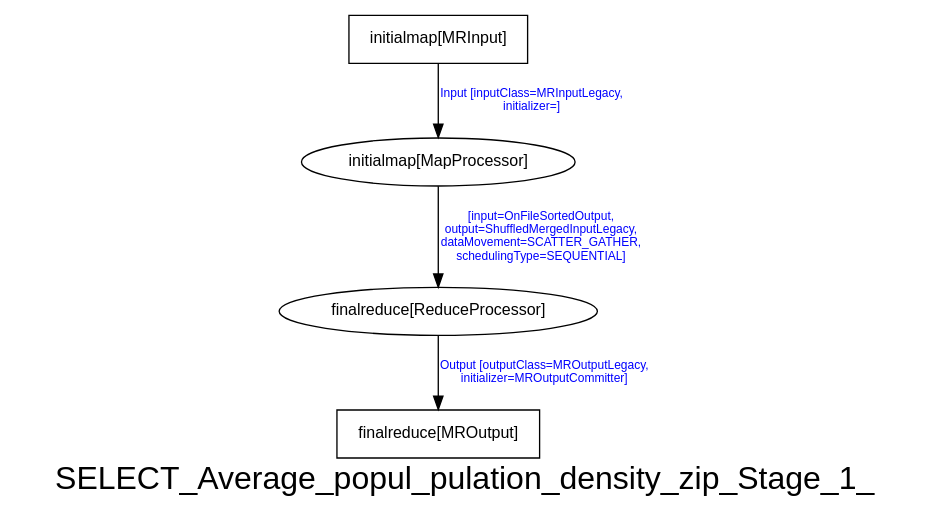
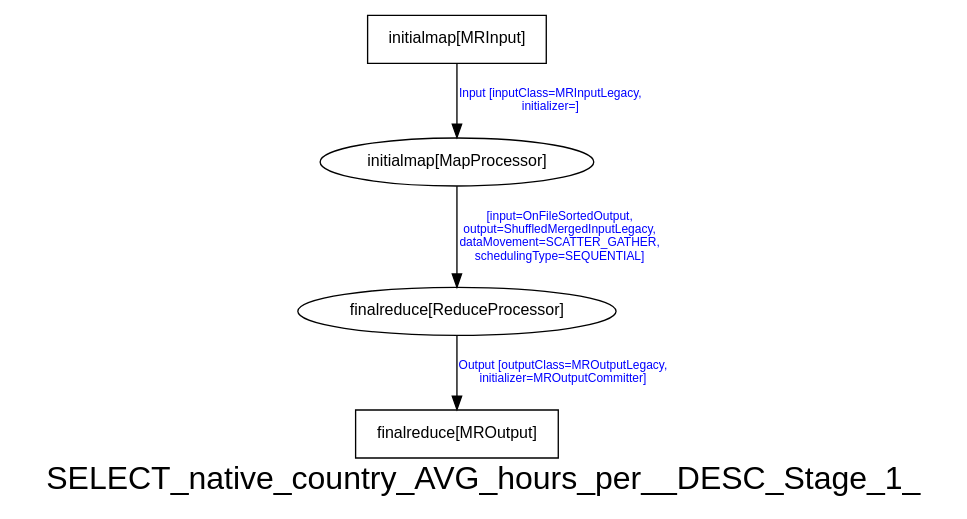
The diagram in benchmarks/benchmark 3/logs/dot/mr_job_1.dot (jwang93/Tez), drawn with Graphviz before and after one commit. The commit also changed 20 other files, not shown here.

```diff
--- a/benchmarks/benchmark 3/logs/dot/mr_job_1.dot
+++ b/benchmarks/benchmark 3/logs/dot/mr_job_1.dot
@@ -1,12 +1,12 @@
-digraph SELECT_Average_popul_pulation_density_zip_Stage_1_ {
-graph [ label="SELECT_Average_popul_pulation_density_zip_Stage_1_", fontsize=24, fontname=Helvetica];
+digraph SELECT_native_country_AVG_hours_per__DESC_Stage_1_ {
+graph [ label="SELECT_native_country_AVG_hours_per__DESC_Stage_1_", fontsize=24, fontname=Helvetica];
 node [fontsize=12, fontname=Helvetica];
 edge [fontsize=9, fontcolor=blue, fontname=Arial];
-"SELECT_Average_popul_pulation_density_zip_Stage_1_.finalreduce_MROutput" [ label = "finalreduce[MROutput]", shape = "box" ];
-"SELECT_Average_popul_pulation_density_zip_Stage_1_.initialmap" [ label = "initialmap[MapProcessor]" ];
-"SELECT_Average_popul_pulation_density_zip_Stage_1_.initialmap" -> "SELECT_Average_popul_pulation_density_zip_Stage_1_.finalreduce" [ label = "[input=OnFileSortedOutput,\n output=ShuffledMergedInputLegacy,\n dataMovement=SCATTER_GATHER,\n schedulingType=SEQUENTIAL]" ];
-"SELECT_Average_popul_pulation_density_zip_Stage_1_.finalreduce" [ label = "finalreduce[ReduceProcessor]" ];
-"SELECT_Average_popul_pulation_density_zip_Stage_1_.finalreduce" -> "SELECT_Average_popul_pulation_density_zip_Stage_1_.finalreduce_MROutput" [ label = "Output [outputClass=MROutputLegacy,\n initializer=MROutputCommitter]" ];
-"SELECT_Average_popul_pulation_density_zip_Stage_1_.initialmap_MRInput" [ label = "initialmap[MRInput]", shape = "box" ];
-"SELECT_Average_popul_pulation_density_zip_Stage_1_.initialmap_MRInput" -> "SELECT_Average_popul_pulation_density_zip_Stage_1_.initialmap" [ label = "Input [inputClass=MRInputLegacy,\n initializer=]" ];
+"SELECT_native_country_AVG_hours_per__DESC_Stage_1_.initialmap" [ label = "initialmap[MapProcessor]" ];
+"SELECT_native_country_AVG_hours_per__DESC_Stage_1_.initialmap" -> "SELECT_native_country_AVG_hours_per__DESC_Stage_1_.finalreduce" [ label = "[input=OnFileSortedOutput,\n output=ShuffledMergedInputLegacy,\n dataMovement=SCATTER_GATHER,\n schedulingType=SEQUENTIAL]" ];
+"SELECT_native_country_AVG_hours_per__DESC_Stage_1_.initialmap_MRInput" [ label = "initialmap[MRInput]", shape = "box" ];
+"SELECT_native_country_AVG_hours_per__DESC_Stage_1_.initialmap_MRInput" -> "SELECT_native_country_AVG_hours_per__DESC_Stage_1_.initialmap" [ label = "Input [inputClass=MRInputLegacy,\n initializer=]" ];
+"SELECT_native_country_AVG_hours_per__DESC_Stage_1_.finalreduce_MROutput" [ label = "finalreduce[MROutput]", shape = "box" ];
+"SELECT_native_country_AVG_hours_per__DESC_Stage_1_.finalreduce" [ label = "finalreduce[ReduceProcessor]" ];
+"SELECT_native_country_AVG_hours_per__DESC_Stage_1_.finalreduce" -> "SELECT_native_country_AVG_hours_per__DESC_Stage_1_.finalreduce_MROutput" [ label = "Output [outputClass=MROutputLegacy,\n initializer=MROutputCommitter]" ];
 }
```
